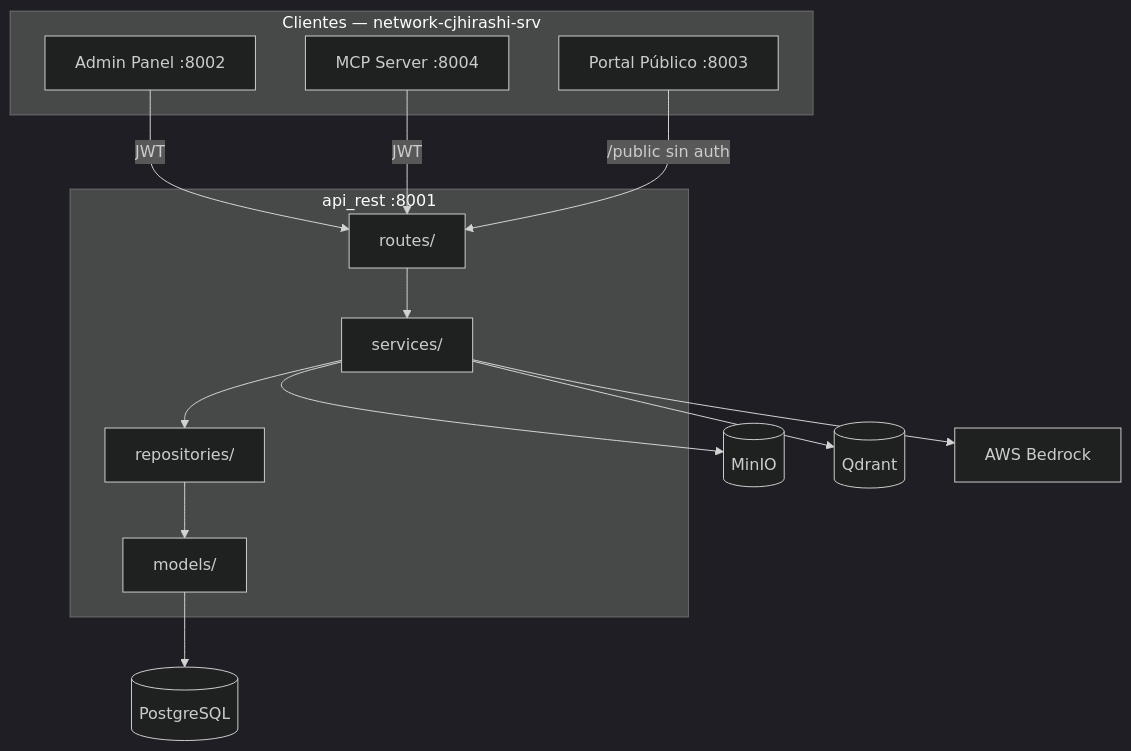
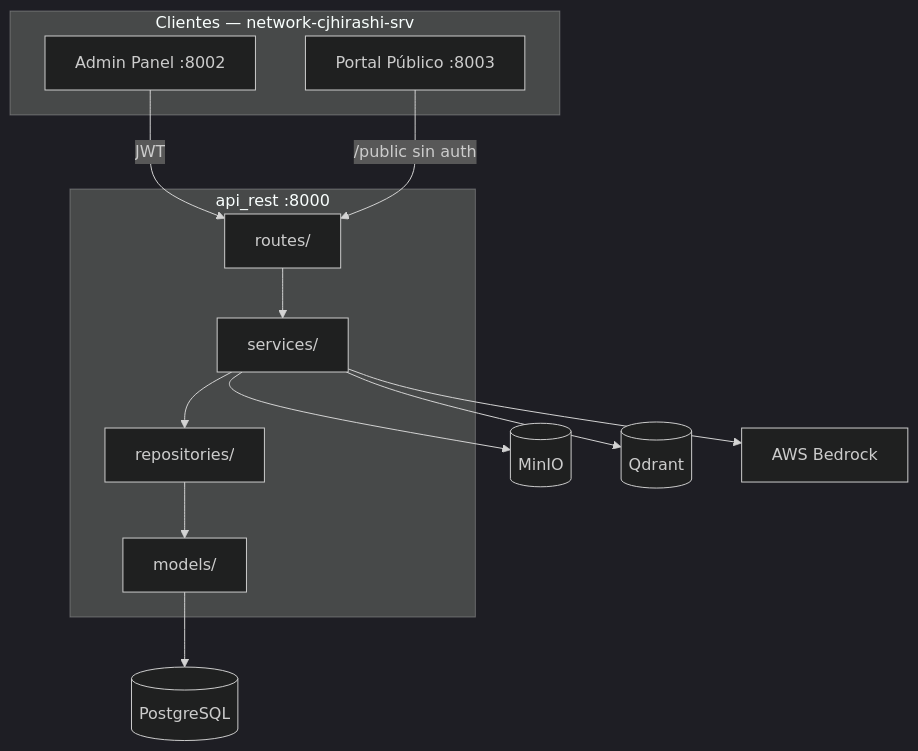
Before and after one commit to cjhirashi/cjhirashi-career: the diagram in cjhirashi-career-api/README.md, drawn with Mermaid (dark theme). The commit also changed other lines of this file, not shown here.

First line of the commit message:
docs(api): README sin el MCP Server y con el puerto interno en :8000

````diff
--- a/cjhirashi-career-api/README.md
+++ b/cjhirashi-career-api/README.md
@@ -12,29 +12,27 @@
 ```mermaid
 flowchart TB
     subgraph Clientes["Clientes — network-cjhirashi-srv"]
         Admin[Admin Panel :8002]
         Portal[Portal Público :8003]
-        MCP[MCP Server :8004]
     end
 
-    subgraph API["api_rest :8001"]
+    subgraph API["api_rest :8000"]
         Routes[routes/]
         Services[services/]
         Repos[repositories/]
         Models[models/]
         Routes --> Services --> Repos --> Models
     end
 
     PG[(PostgreSQL)]
     MinIO[(MinIO)]
     Qdrant[(Qdrant)]
     AWS[AWS Bedrock]
 
     Admin -->|JWT| Routes
-    MCP -->|JWT| Routes
     Portal -->|/public sin auth| Routes
     Models --> PG
     Services --> MinIO
     Services --> Qdrant
     Services --> AWS
 ```
````
